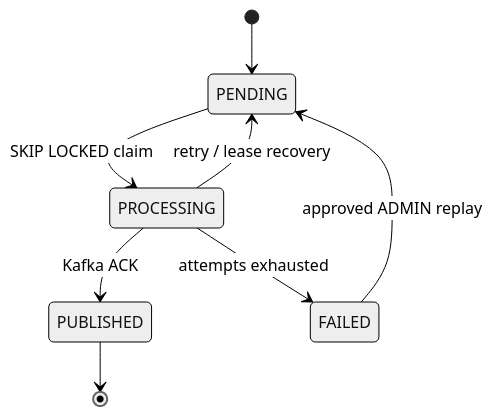
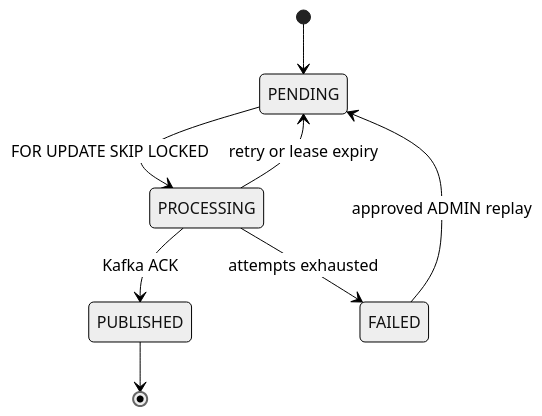
Before and after one commit to ravan-chuang/spring-boot-ecommerce-backend: the second of 3 diagrams in README.md, drawn with Mermaid (neutral theme). The commit also changed other lines of this file and 1 other file, not shown here.

````diff
--- a/README.md
+++ b/README.md
@@ -191,10 +126,10 @@
 ```mermaid
 stateDiagram-v2
     [*] --> PENDING
-    PENDING --> PROCESSING: SKIP LOCKED claim
+    PENDING --> PROCESSING: FOR UPDATE SKIP LOCKED
     PROCESSING --> PUBLISHED: Kafka ACK
-    PROCESSING --> PENDING: retry / lease recovery
+    PROCESSING --> PENDING: retry or lease expiry
     PROCESSING --> FAILED: attempts exhausted
     FAILED --> PENDING: approved ADMIN replay
     PUBLISHED --> [*]
 ```
````
